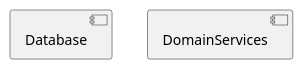
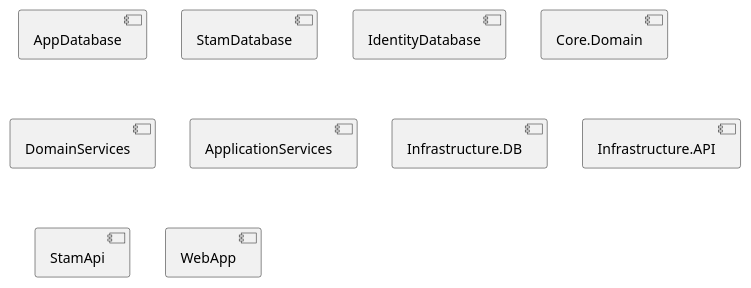
One commit to Boman2001/FysioApp changed the diagram in UML/ComponentDiagram.puml. Above: the diagram before and after it, drawn with PlantUML. The commit also changed 1 other file, not shown here.

Commit message:
small uml updates and added swagger to prod

```diff
--- a/UML/ComponentDiagram.puml
+++ b/UML/ComponentDiagram.puml
@@ -1,14 +1,21 @@
 @startuml
 'https://plantuml.com/component-diagram
 
 
 
-  [Database]
+  [AppDatabase]
+  [StamDatabase]
+  [IdentityDatabase]
+  [Core.Domain]
   [DomainServices]
-
+  [ApplicationServices]
+  [Infrastructure.DB]
+  [Infrastructure.API]
+  [StamApi]
+  [WebApp]
 
 
 
 
 
 @enduml
```
